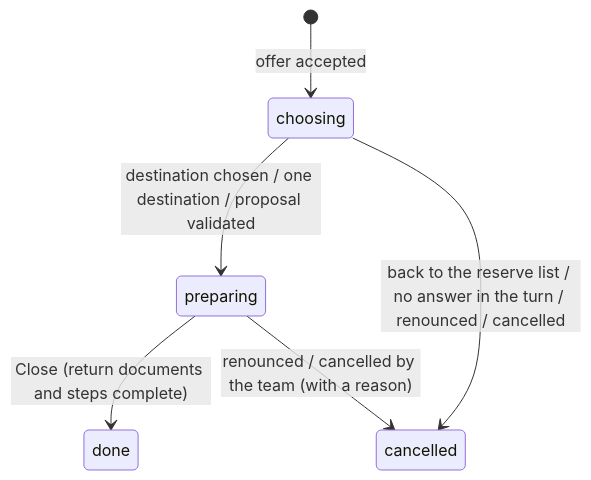
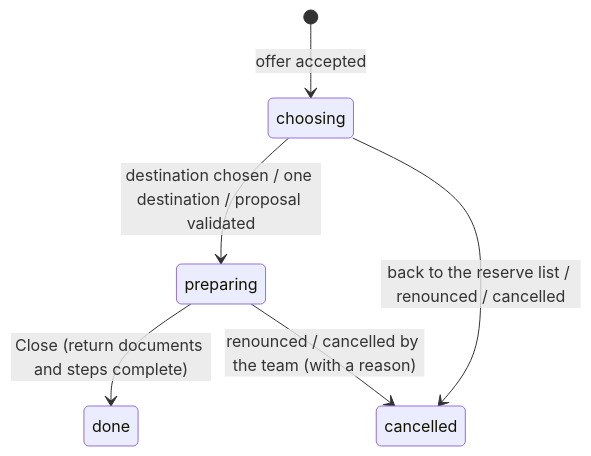
One commit to ElPuig/EMS changed diagram 11 of 11 in docs/en/developers/erasmus/erasmus.md. Above: the diagram before and after it, drawn with Mermaid. The commit also changed other lines of this file and 16 other files, not shown here.

````diff
--- a/docs/en/developers/erasmus/erasmus.md
+++ b/docs/en/developers/erasmus/erasmus.md
@@ -572,8 +572,8 @@
 ```mermaid
 stateDiagram-v2
     [*] --> choosing: offer accepted
     choosing --> preparing: destination chosen / one destination / proposal validated
-    choosing --> cancelled: back to the reserve list / no answer in the turn / renounced / cancelled
+    choosing --> cancelled: back to the reserve list / renounced / cancelled
     preparing --> done: Close (return documents and steps complete)
     preparing --> cancelled: renounced / cancelled by the team (with a reason)
 ```
````
